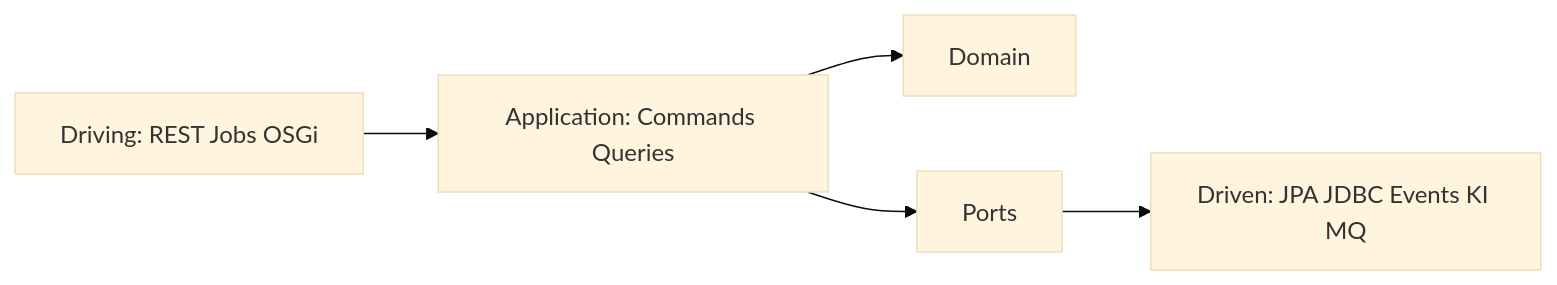
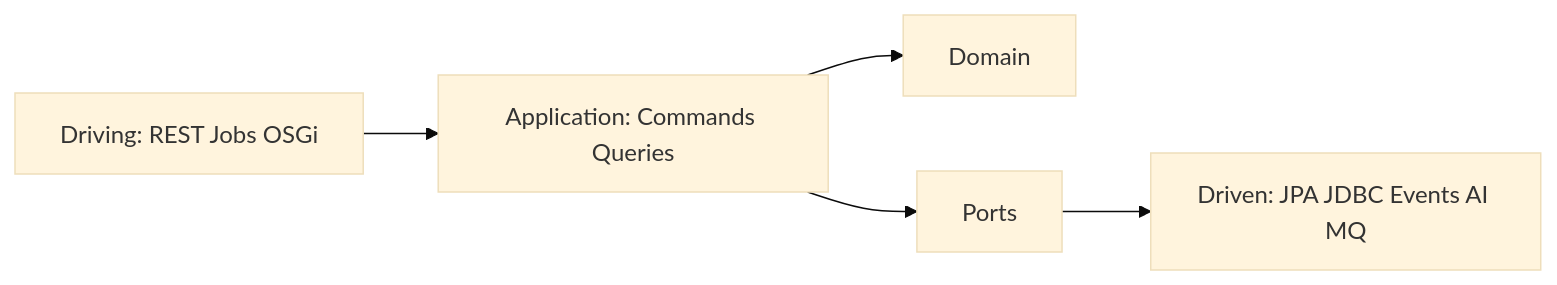
One commit to RainerMaxWallscheid/fineract-osgi changed the ninth of 11 diagrams in docs/arc42/06_crosscutting_concepts.md. Above: the diagram before and after it, drawn with Mermaid (base theme). The commit also changed other lines of this file and 38 other files, not shown here.

````diff
--- a/docs/arc42/06_crosscutting_concepts.md
+++ b/docs/arc42/06_crosscutting_concepts.md
@@ -544,7 +544,7 @@
 ```mermaid
 flowchart LR
     DRV[Driving: REST Jobs OSGi] --> APP[Application: Commands Queries]
     APP --> DOM[Domain]
     APP --> PRT[Ports]
-    PRT --> DDN[Driven: JPA JDBC Events KI MQ]
+    PRT --> DDN[Driven: JPA JDBC Events AI MQ]
 ```
````
